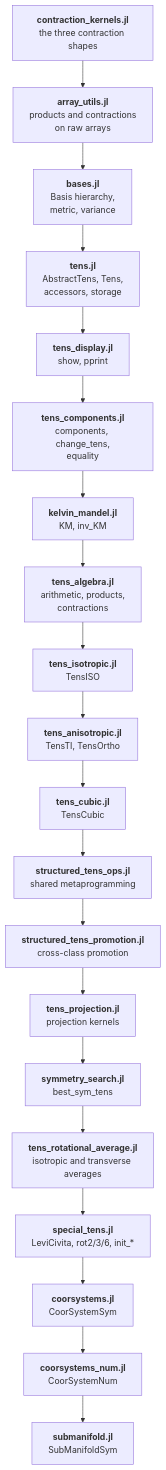
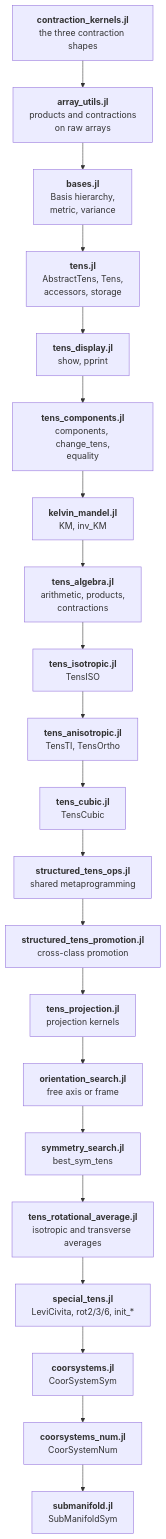
The diagram in docs/src/developer/architecture.md (MicroPoroChemoMechanics/TensND.jl), drawn with Mermaid before and after one commit. The commit also changed other lines of this file and 34 other files, not shown here.

````diff
--- a/docs/src/developer/architecture.md
+++ b/docs/src/developer/architecture.md
@@ -8,25 +8,26 @@
 ```mermaid
 %%{init: {"flowchart": {"useMaxWidth": false}}}%%
 flowchart TB
     CK["<b>contraction_kernels.jl</b><br/>the three contraction shapes"]
     AU["<b>array_utils.jl</b><br/>products and contractions<br/>on raw arrays"]
     BA["<b>bases.jl</b><br/>Basis hierarchy,<br/>metric, variance"]
     TE["<b>tens.jl</b><br/>AbstractTens, Tens,<br/>accessors, storage"]
     TD["<b>tens_display.jl</b><br/>show, pprint"]
     TC["<b>tens_components.jl</b><br/>components, change_tens,<br/>equality"]
     KMF["<b>kelvin_mandel.jl</b><br/>KM, inv_KM"]
     TA["<b>tens_algebra.jl</b><br/>arithmetic, products,<br/>contractions"]
     ISO["<b>tens_isotropic.jl</b><br/>TensISO"]
     ANI["<b>tens_anisotropic.jl</b><br/>TensTI, TensOrtho"]
     CUB["<b>tens_cubic.jl</b><br/>TensCubic"]
     OPS["<b>structured_tens_ops.jl</b><br/>shared metaprogramming"]
     PRO["<b>structured_tens_promotion.jl</b><br/>cross-class promotion"]
     PRJ["<b>tens_projection.jl</b><br/>projection kernels"]
+    ORI["<b>orientation_search.jl</b><br/>free axis or frame"]
     SYM["<b>symmetry_search.jl</b><br/>best_sym_tens"]
     RA["<b>tens_rotational_average.jl</b><br/>isotropic and transverse averages"]
     SPE["<b>special_tens.jl</b><br/>LeviCivita, rot2/3/6, init_*"]
     CSS["<b>coorsystems.jl</b><br/>CoorSystemSym"]
     CSN["<b>coorsystems_num.jl</b><br/>CoorSystemNum"]
     SUB["<b>submanifold.jl</b><br/>SubManifoldSym"]
-    CK --> AU --> BA --> TE --> TD --> TC --> KMF --> TA --> ISO --> ANI --> CUB --> OPS --> PRO --> PRJ --> SYM --> RA --> SPE --> CSS --> CSN --> SUB
+    CK --> AU --> BA --> TE --> TD --> TC --> KMF --> TA --> ISO --> ANI --> CUB --> OPS --> PRO --> PRJ --> ORI --> SYM --> RA --> SPE --> CSS --> CSN --> SUB
 ```
````
